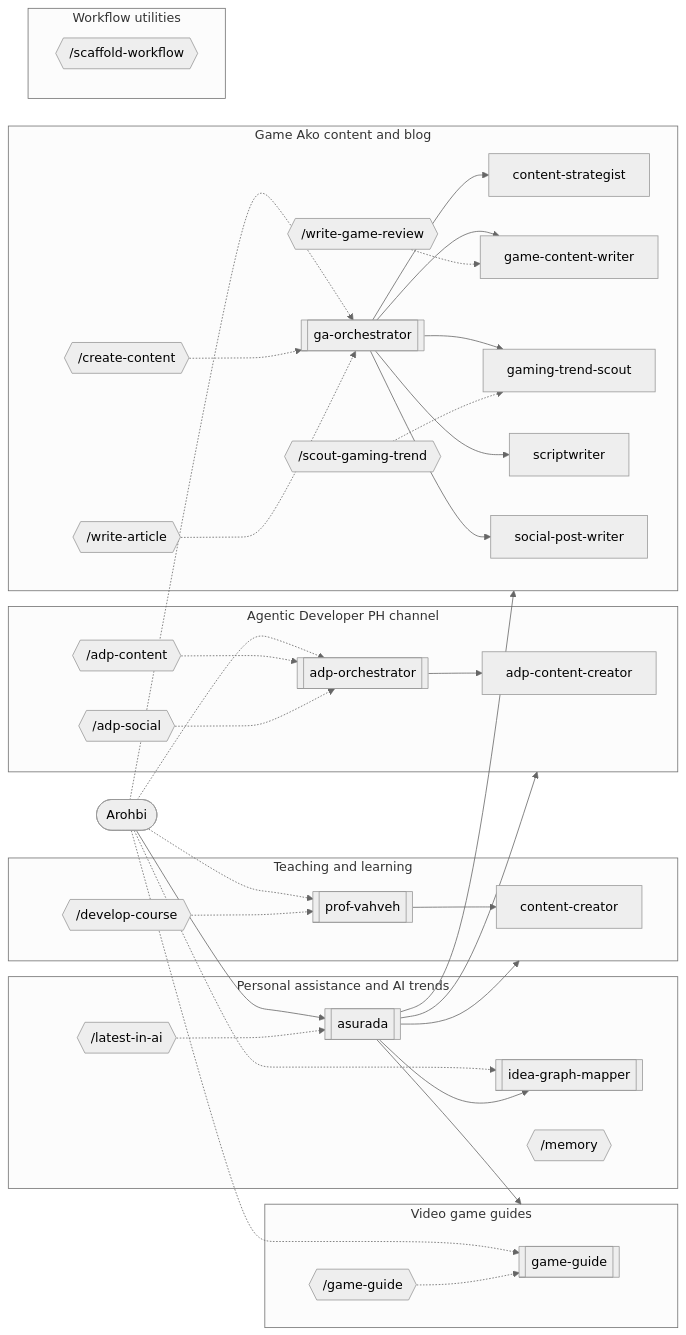
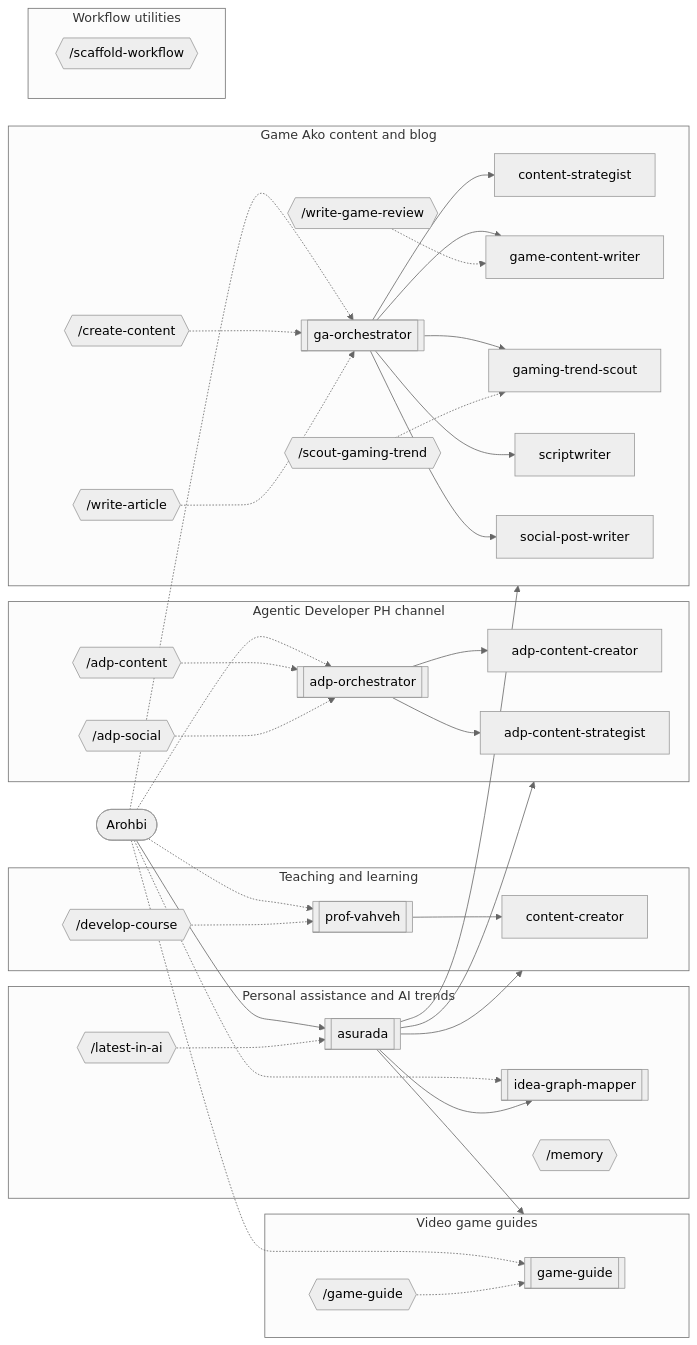
The diagram in README.md (Game-Ako-Production/Personal-Agentic-Workflow), drawn with Mermaid (neutral theme) before and after one commit. The commit also changed 53 other files, not shown here.

Commit message:
docs: improve adp workflow to add content strategist

````diff
--- a/README.md
+++ b/README.md
@@ -22,67 +22,69 @@
 ```mermaid
 flowchart LR
   user([Arohbi])
   subgraph domain_personal["Personal assistance and AI trends"]
     asurada[[asurada]]
     idea_graph_mapper[[idea-graph-mapper]]
     cmd_latest_in_ai{{"/latest-in-ai"}}
     cmd_memory{{"/memory"}}
   end
   subgraph domain_teaching["Teaching and learning"]
     content_creator[content-creator]
     prof_vahveh[[prof-vahveh]]
     cmd_develop_course{{"/develop-course"}}
   end
   subgraph domain_agentic_developer_ph["Agentic Developer PH channel"]
     adp_content_creator[adp-content-creator]
+    adp_content_strategist[adp-content-strategist]
     adp_orchestrator[[adp-orchestrator]]
     cmd_adp_content{{"/adp-content"}}
     cmd_adp_social{{"/adp-social"}}
   end
   subgraph domain_game_guide["Video game guides"]
     game_guide[[game-guide]]
     cmd_game_guide{{"/game-guide"}}
   end
   subgraph domain_game_ako["Game Ako content and blog"]
     content_strategist[content-strategist]
     ga_orchestrator[[ga-orchestrator]]
     game_content_writer[game-content-writer]
     gaming_trend_scout[gaming-trend-scout]
     scriptwriter[scriptwriter]
     social_post_writer[social-post-writer]
     cmd_create_content{{"/create-content"}}
     cmd_scout_gaming_trend{{"/scout-gaming-trend"}}
     cmd_write_article{{"/write-article"}}
     cmd_write_game_review{{"/write-game-review"}}
   end
   subgraph domain_utility["Workflow utilities"]
     cmd_scaffold_workflow{{"/scaffold-workflow"}}
   end
   user --> asurada
   user -.-> adp_orchestrator
   user -.-> ga_orchestrator
   user -.-> game_guide
   user -.-> idea_graph_mapper
   user -.-> prof_vahveh
   adp_orchestrator --> adp_content_creator
+  adp_orchestrator --> adp_content_strategist
   asurada --> idea_graph_mapper
   asurada --> domain_teaching
   asurada --> domain_agentic_developer_ph
   asurada --> domain_game_guide
   asurada --> domain_game_ako
   ga_orchestrator --> content_strategist
   ga_orchestrator --> scriptwriter
   ga_orchestrator --> social_post_writer
   ga_orchestrator --> game_content_writer
   ga_orchestrator --> gaming_trend_scout
   prof_vahveh --> content_creator
   cmd_adp_content -.-> adp_orchestrator
   cmd_adp_social -.-> adp_orchestrator
   cmd_create_content -.-> ga_orchestrator
   cmd_develop_course -.-> prof_vahveh
   cmd_game_guide -.-> game_guide
   cmd_latest_in_ai -.-> asurada
   cmd_scout_gaming_trend -.-> gaming_trend_scout
   cmd_write_article -.-> ga_orchestrator
   cmd_write_game_review -.-> game_content_writer
 ```
````
